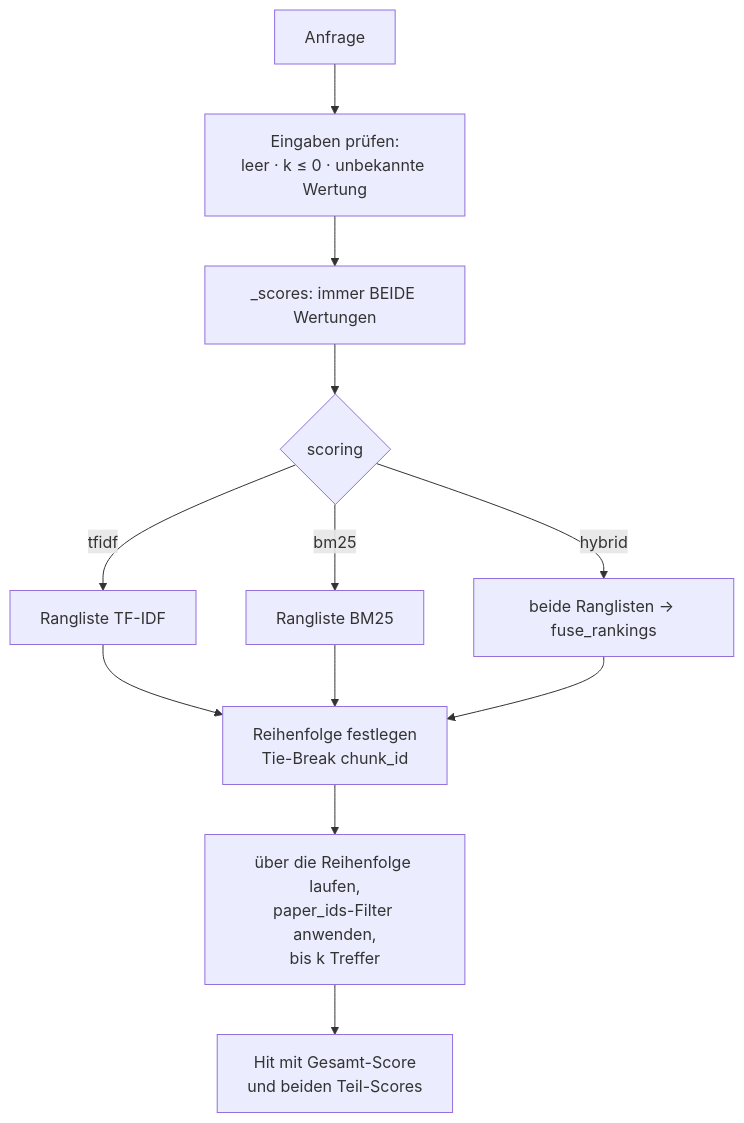
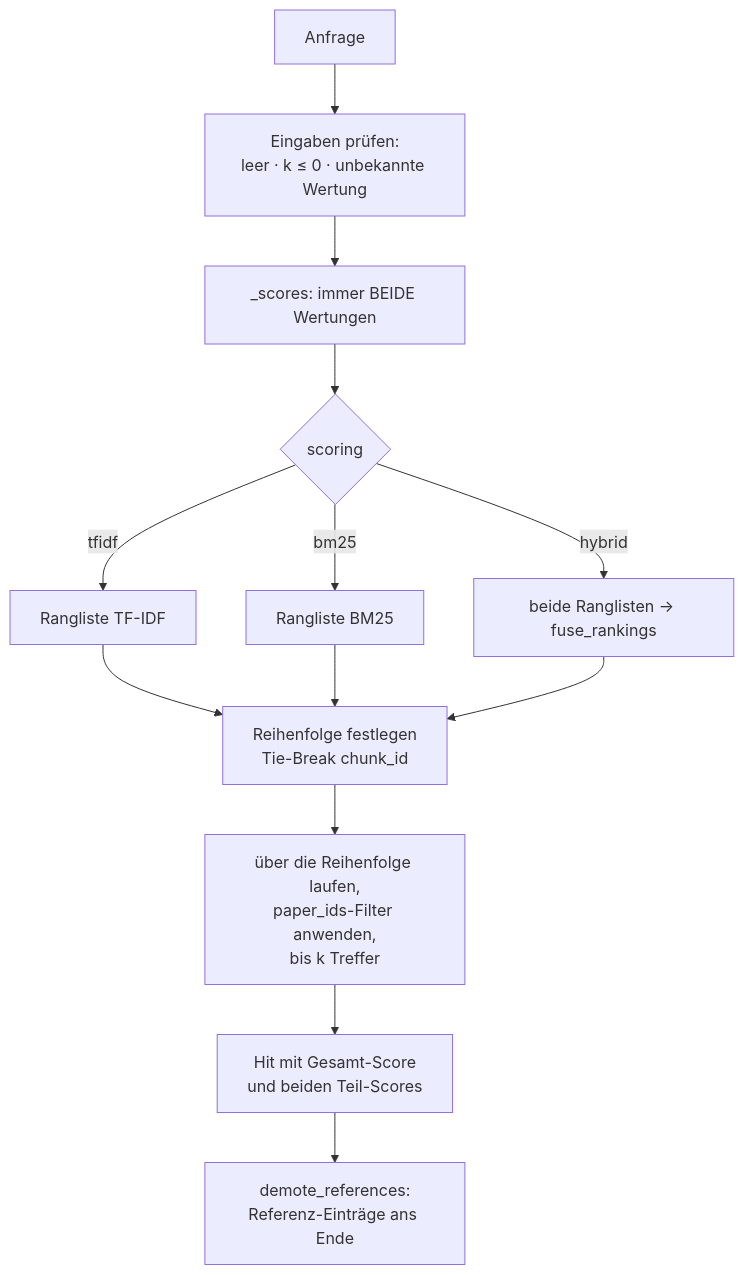
One commit to MomoEngineer/research-graphrag changed the third of 4 diagrams in src/research_graphrag/indexing/doc/tfidf_index.md. Above: the diagram before and after it, drawn with Mermaid. The commit also changed other lines of this file and 98 other files, not shown here.

````diff
--- a/src/research_graphrag/indexing/doc/tfidf_index.md
+++ b/src/research_graphrag/indexing/doc/tfidf_index.md
@@ -78,14 +79,15 @@
 ```mermaid
 flowchart TD
     Q["Anfrage"] --> V["Eingaben prüfen:<br/>leer · k ≤ 0 · unbekannte Wertung"]
     V --> S["_scores: immer BEIDE Wertungen"]
     S --> M{"scoring"}
     M -- tfidf --> R1["Rangliste TF-IDF"]
     M -- bm25 --> R2["Rangliste BM25"]
     M -- hybrid --> R3["beide Ranglisten → fuse_rankings"]
     R1 --> O["Reihenfolge festlegen<br/>Tie-Break chunk_id"]
     R2 --> O
     R3 --> O
     O --> P["über die Reihenfolge laufen,<br/>paper_ids-Filter anwenden,<br/>bis k Treffer"]
     P --> H["Hit mit Gesamt-Score<br/>und beiden Teil-Scores"]
+    H --> G["demote_references:<br/>Referenz-Einträge ans Ende"]
 ```
````
